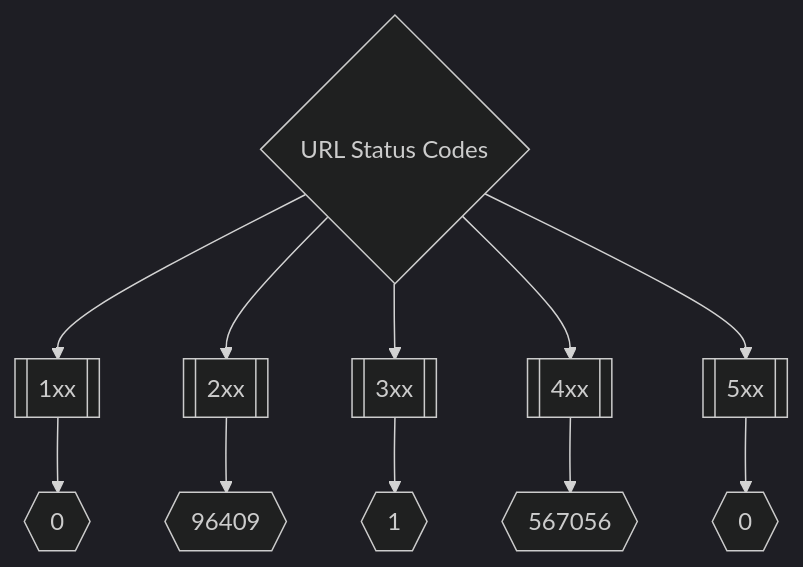
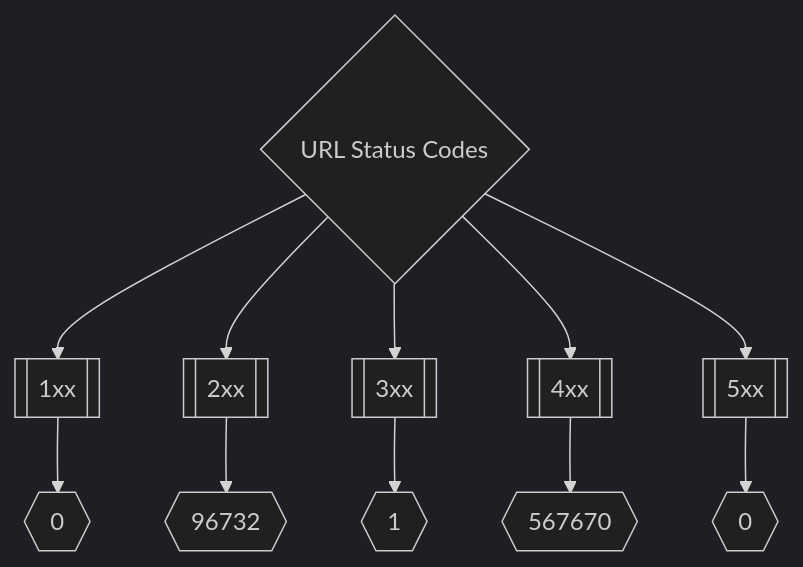
One commit to trickest/inventory changed the second of 3 diagrams in README.md. Above: the diagram before and after it, drawn with Mermaid (dark theme). The commit also changed other lines of this file, not shown here.

Commit message:
Update README.md Fri Jul 15 21:10:42 UTC 2022

````diff
--- a/README.md
+++ b/README.md
@@ -175,8 +175,8 @@
 ```mermaid
 graph TD
 title{URL Status Codes} --> 1xx[[1xx]] --> status1xxNum{{0}}
-title --> 2xx[[2xx]] --> status2xxNum{{96409}}
+title --> 2xx[[2xx]] --> status2xxNum{{96732}}
 title --> 3xx[[3xx]] --> status3xxNum{{1}}
-title --> 4xx[[4xx]] --> status4xxNum{{567056}}
+title --> 4xx[[4xx]] --> status4xxNum{{567670}}
 title --> 5xx[[5xx]] --> status5xxNum{{0}}
 ```
````
